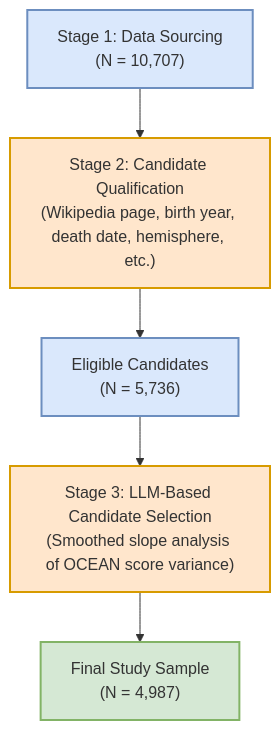
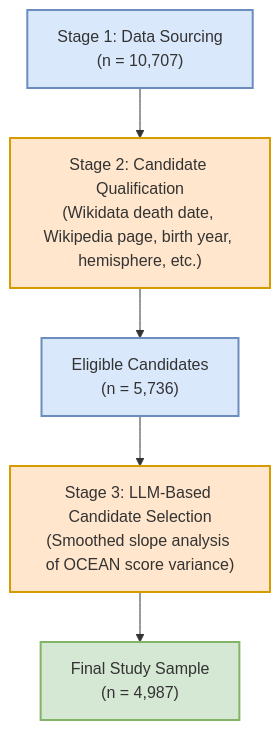
One commit to peterjmarko/llm-narrative-framework changed the diagram in docs/diagrams/flow_sample_derivation.mmd. Above: the diagram before and after it, drawn with Mermaid. The commit also changed 20 other files, not shown here.

```diff
--- a/docs/diagrams/flow_sample_derivation.mmd
+++ b/docs/diagrams/flow_sample_derivation.mmd
@@ -1,12 +1,12 @@
 graph TD
-    A["Stage 1: Data Sourcing<br>(N = 10,707)"];
-    A --> B["Stage 2: Candidate Qualification<br>(Wikipedia page, birth year, death date, hemisphere, etc.)"];
-    B --> C["Eligible Candidates<br>(N = 5,736)"];
+    A["Stage 1: Data Sourcing<br>(n = 10,707)"];
+    A --> B["Stage 2: Candidate Qualification<br>(Wikidata death date, Wikipedia page, birth year, hemisphere, etc.)"];
+    B --> C["Eligible Candidates<br>(n = 5,736)"];
     C --> D["Stage 3: LLM-Based Candidate Selection<br>(Smoothed slope analysis of OCEAN score variance)"];
-    D --> E["Final Study Sample<br>(N = 4,987)"];
+    D --> E["Final Study Sample<br>(n = 4,987)"];
 
     style A fill:#DAE8FC,stroke:#6C8EBF,stroke-width:2px
     style C fill:#DAE8FC,stroke:#6C8EBF,stroke-width:2px
     style E fill:#D5E8D4,stroke:#82B366,stroke-width:2px
     style B fill:#FFE6CC,stroke:#D79B00,stroke-width:2px
     style D fill:#FFE6CC,stroke:#D79B00,stroke-width:2px
```
